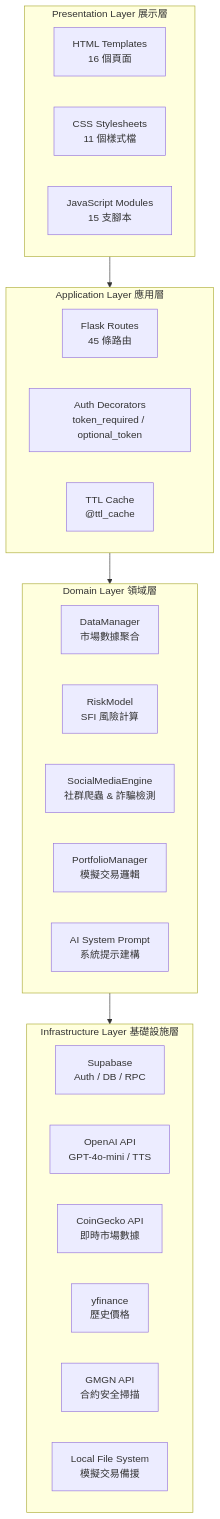
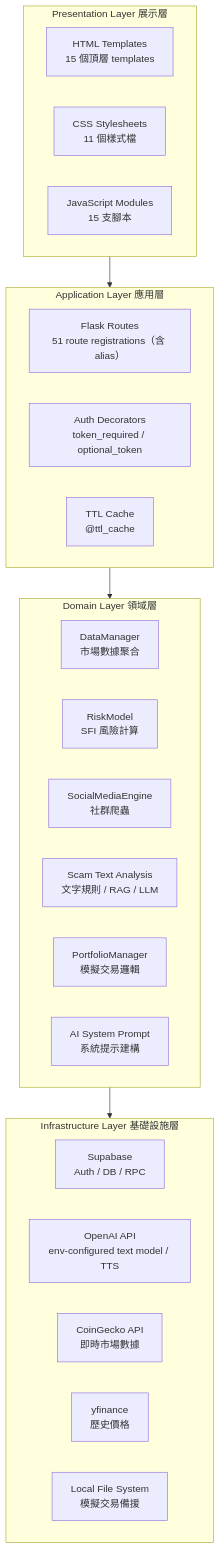
The third of 7 diagrams in docs/06-設計模型.md (ziii-11246083/cip), drawn with Mermaid before and after one commit. The commit also changed other lines of this file and 66 other files, not shown here.

````diff
--- a/docs/06-設計模型.md
+++ b/docs/06-設計模型.md
@@ -219,35 +227,35 @@
 ```mermaid
 flowchart TB
     subgraph Presentation["Presentation Layer 展示層"]
-        HTML["HTML Templates<br/>16 個頁面"]
+        HTML["HTML Templates<br/>15 個頂層 templates"]
         CSS["CSS Stylesheets<br/>11 個樣式檔"]
         JS["JavaScript Modules<br/>15 支腳本"]
     end
 
     subgraph Application["Application Layer 應用層"]
-        Flask["Flask Routes<br/>45 條路由"]
+        Flask["Flask Routes<br/>51 route registrations（含 alias）"]
         Auth["Auth Decorators<br/>token_required / optional_token"]
         Cache["TTL Cache<br/>@ttl_cache"]
     end
 
     subgraph Domain["Domain Layer 領域層"]
         DM["DataManager<br/>市場數據聚合"]
         RM["RiskModel<br/>SFI 風險計算"]
-        SME["SocialMediaEngine<br/>社群爬蟲 & 詐騙檢測"]
+        SME["SocialMediaEngine<br/>社群爬蟲"]
+        Scam["Scam Text Analysis<br/>文字規則 / RAG / LLM"]
         PM["PortfolioManager<br/>模擬交易邏輯"]
         AIS["AI System Prompt<br/>系統提示建構"]
     end
 
     subgraph Infrastructure["Infrastructure Layer 基礎設施層"]
         Supabase["Supabase<br/>Auth / DB / RPC"]
-        OpenAI["OpenAI API<br/>GPT-4o-mini / TTS"]
+        OpenAI["OpenAI API<br/>env-configured text model / TTS"]
         CG["CoinGecko API<br/>即時市場數據"]
         YF["yfinance<br/>歷史價格"]
-        GMGN["GMGN API<br/>合約安全掃描"]
         LocalFS["Local File System<br/>模擬交易備援"]
     end
 
     Presentation --> Application
     Application --> Domain
     Domain --> Infrastructure
 ```
````
